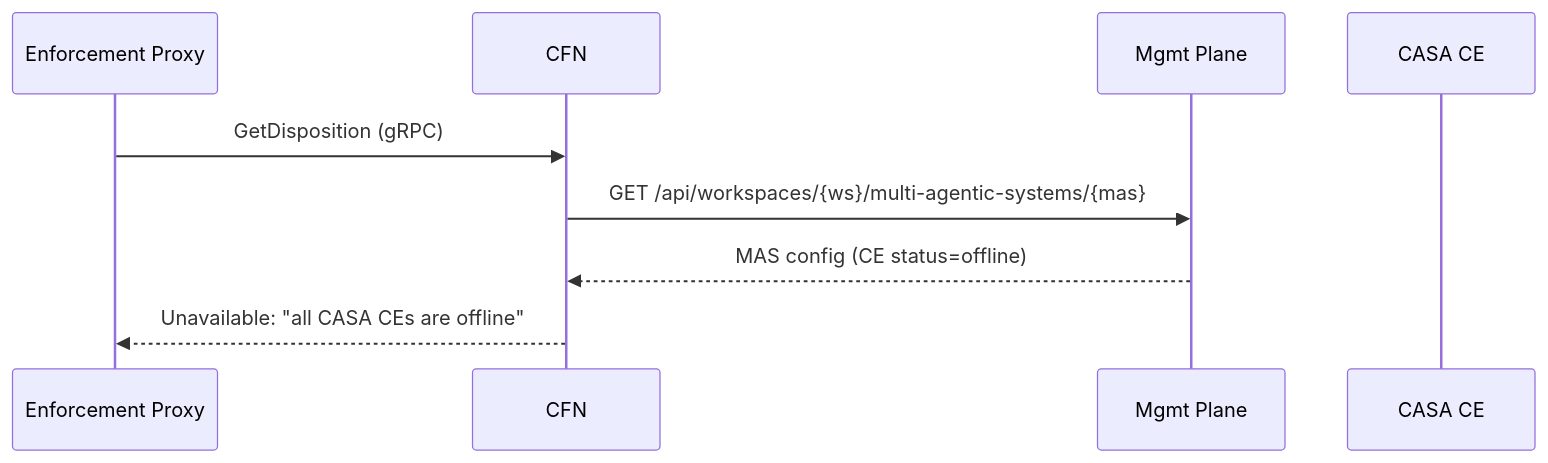
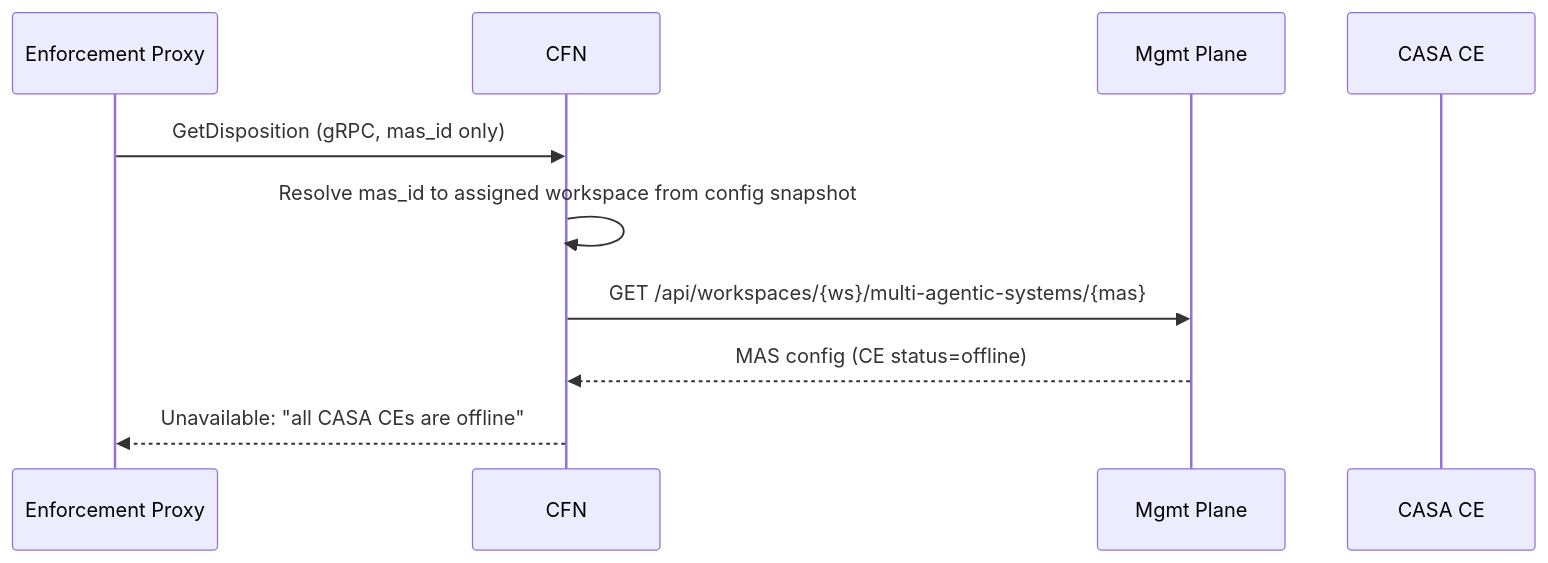
Before and after one commit to ioc-project/cognition-fabric: the third of 5 diagrams in api/ce/docs/CE-LIFECYCLE.md, drawn with Mermaid. The commit also changed other lines of this file and 10 other files, not shown here.

````diff
--- a/api/ce/docs/CE-LIFECYCLE.md
+++ b/api/ce/docs/CE-LIFECYCLE.md
@@ -53,12 +53,13 @@
 ```mermaid
 sequenceDiagram
     participant EP as Enforcement Proxy
     participant CFN as CFN
     participant Mgmt as Mgmt Plane
     participant CE as CASA CE
 
-    EP->>CFN: GetDisposition (gRPC)
+    EP->>CFN: GetDisposition (gRPC, mas_id only)
+    CFN->>CFN: Resolve mas_id to assigned workspace from config snapshot
     CFN->>Mgmt: GET /api/workspaces/{ws}/multi-agentic-systems/{mas}
     Mgmt-->>CFN: MAS config (CE status=offline)
     CFN-->>EP: Unavailable: "all CASA CEs are offline"
 ```
````
